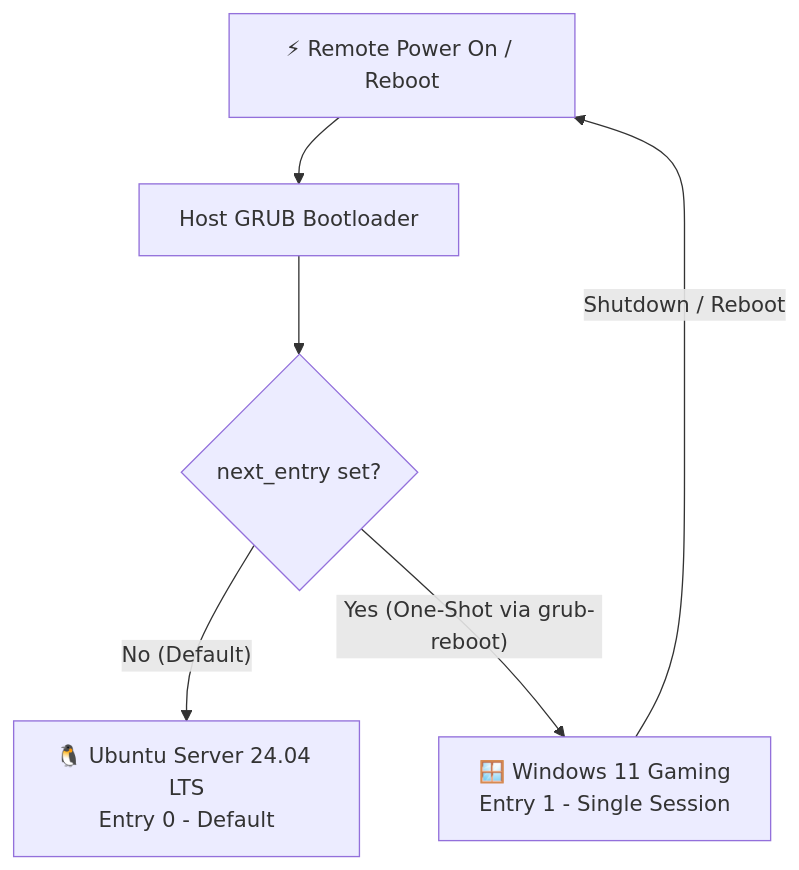
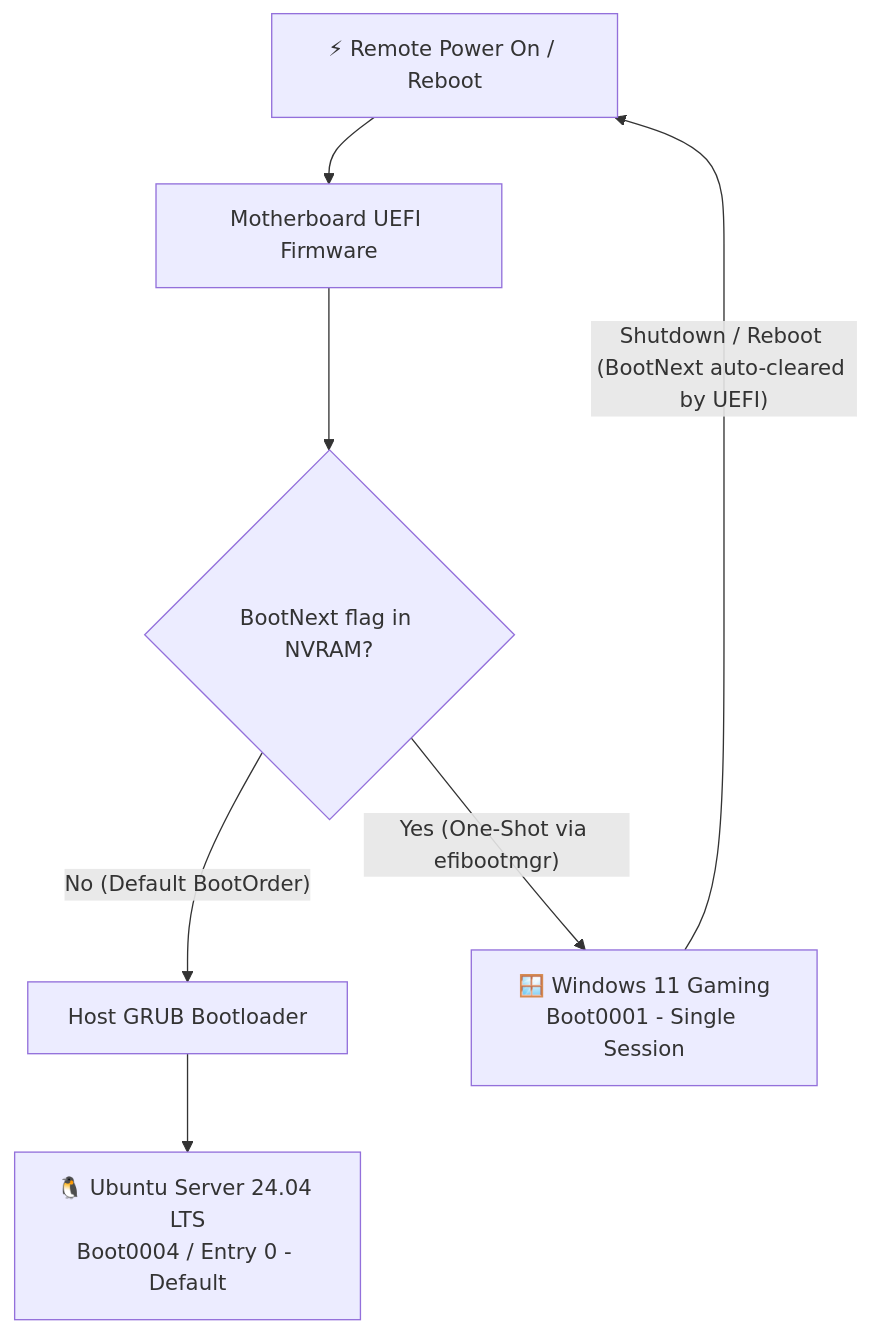
One commit to P1gBagPt-Homelab/home-server changed the diagram in guides/21-grub-boot-management-and-troubleshooting.md. Above: the diagram before and after it, drawn with Mermaid. The commit also changed other lines of this file and 3 other files, not shown here.

Commit message:
docs: document GRUB LVM read-only limitation and UEFI BootNext one-shot boot runbook

````diff
--- a/guides/21-grub-boot-management-and-troubleshooting.md
+++ b/guides/21-grub-boot-management-and-troubleshooting.md
@@ -16,8 +16,9 @@
 ```mermaid
 flowchart TD
-    Power[⚡ Remote Power On / Reboot] --> GRUB[Host GRUB Bootloader]
-    GRUB --> Check{next_entry set?}
-    Check -- "No (Default)" --> Ubuntu[🐧 Ubuntu Server 24.04 LTS<br/>Entry 0 - Default]
-    Check -- "Yes (One-Shot via grub-reboot)" --> Windows[🪟 Windows 11 Gaming<br/>Entry 1 - Single Session]
-    Windows -- "Shutdown / Reboot" --> Power
+    Power[⚡ Remote Power On / Reboot] --> UEFI[Motherboard UEFI Firmware]
+    UEFI --> CheckBootNext{BootNext flag in NVRAM?}
+    CheckBootNext -- "No (Default BootOrder)" --> GRUB[Host GRUB Bootloader]
+    GRUB --> Ubuntu[🐧 Ubuntu Server 24.04 LTS<br/>Boot0004 / Entry 0 - Default]
+    CheckBootNext -- "Yes (One-Shot via efibootmgr)" --> Windows[🪟 Windows 11 Gaming<br/>Boot0001 - Single Session]
+    Windows -- "Shutdown / Reboot (BootNext auto-cleared by UEFI)" --> Power
 ```
````
